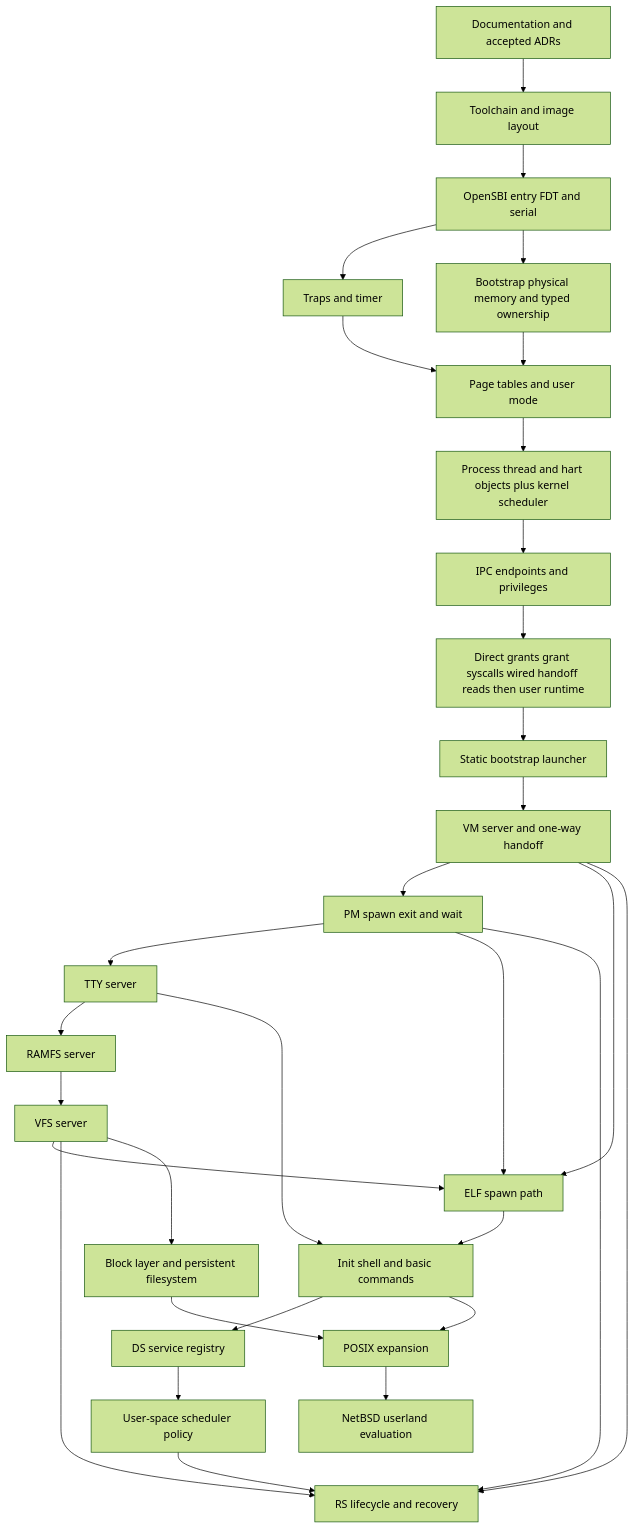
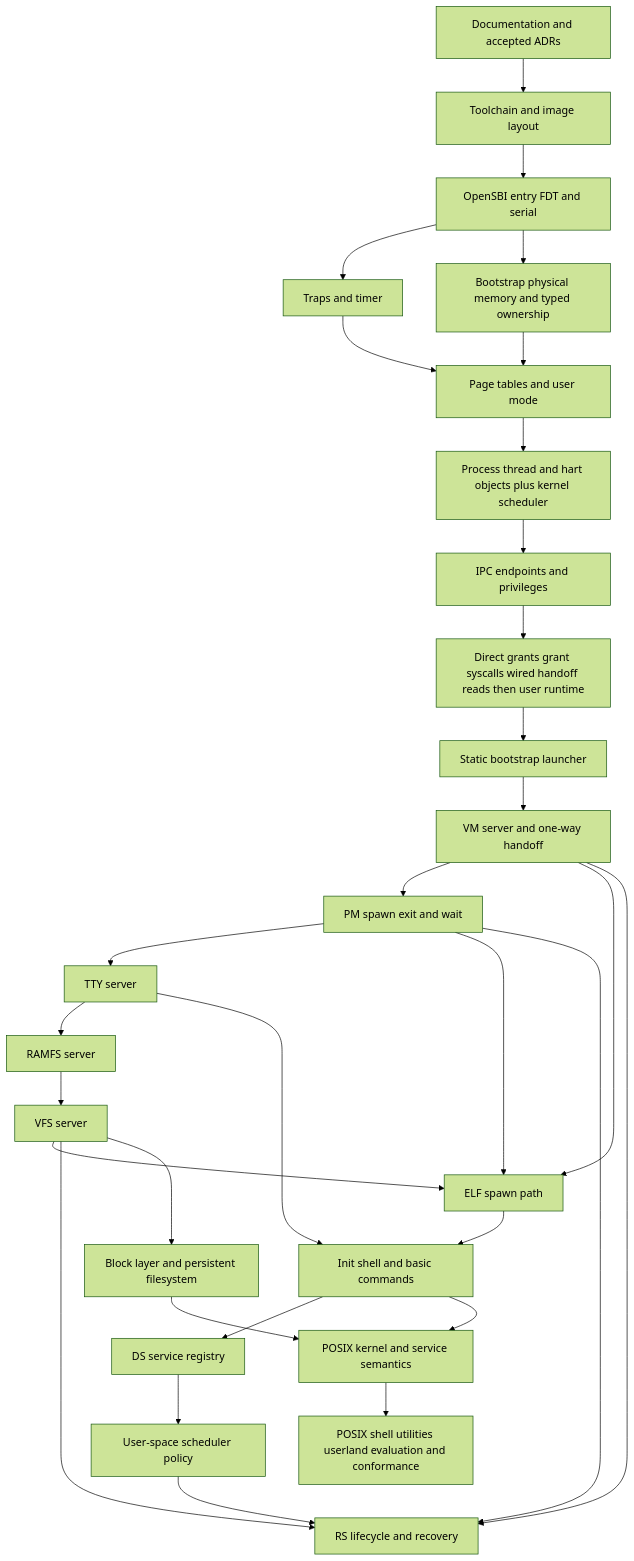
Before and after one commit to algorithm-apprentice/micros: the diagram in docs/architecture/development-dag.md, drawn with Mermaid (forest theme). The commit also changed other lines of this file and 13 other files, not shown here.

````diff
--- a/docs/architecture/development-dag.md
+++ b/docs/architecture/development-dag.md
@@ -16,57 +16,57 @@
 ```mermaid
 flowchart TD
     A[Documentation and accepted ADRs]
     B[Toolchain and image layout]
     C[OpenSBI entry FDT and serial]
     D[Traps and timer]
     E[Bootstrap physical memory and typed ownership]
     F[Page tables and user mode]
     G[Process thread and hart objects plus kernel scheduler]
     H[IPC endpoints and privileges]
     I[Direct grants grant syscalls wired handoff reads then user runtime]
     J[Static bootstrap launcher]
     K[VM server and one-way handoff]
     L[PM spawn exit and wait]
     M[TTY server]
     N[RAMFS server]
     O[VFS server]
     P[ELF spawn path]
     Q[Init shell and basic commands]
     R[DS service registry]
     S[User-space scheduler policy]
     T[RS lifecycle and recovery]
     U[Block layer and persistent filesystem]
-    V[POSIX expansion]
-    W[NetBSD userland evaluation]
+    V[POSIX kernel and service semantics]
+    W[POSIX shell utilities userland evaluation and conformance]
 
     A --> B
     B --> C
     C --> D
     C --> E
     D --> F
     E --> F
     F --> G
     G --> H
     H --> I
     I --> J
     J --> K
     K --> L
     L --> M
     M --> N
     N --> O
     O --> P
     K --> P
     L --> P
     P --> Q
     M --> Q
     Q --> R
     R --> S
     S --> T
     K --> T
     L --> T
     O --> T
     O --> U
     Q --> V
     U --> V
     V --> W
 ```
````
